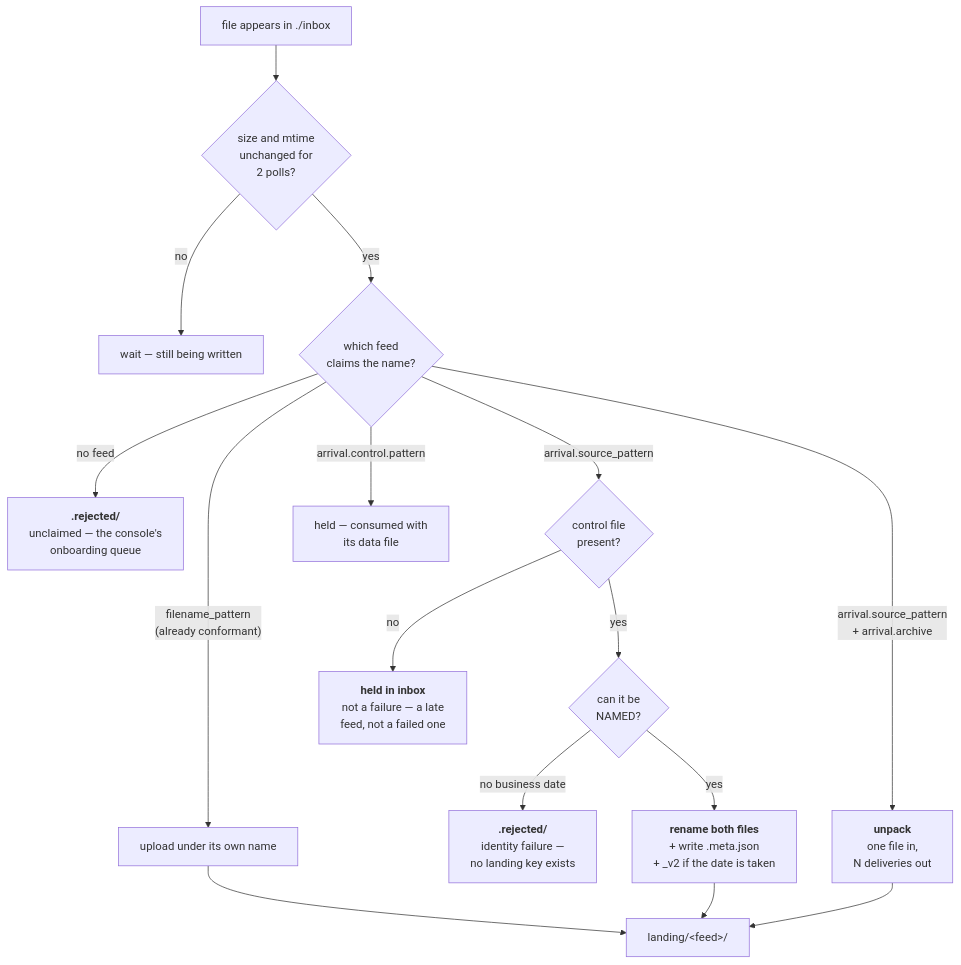
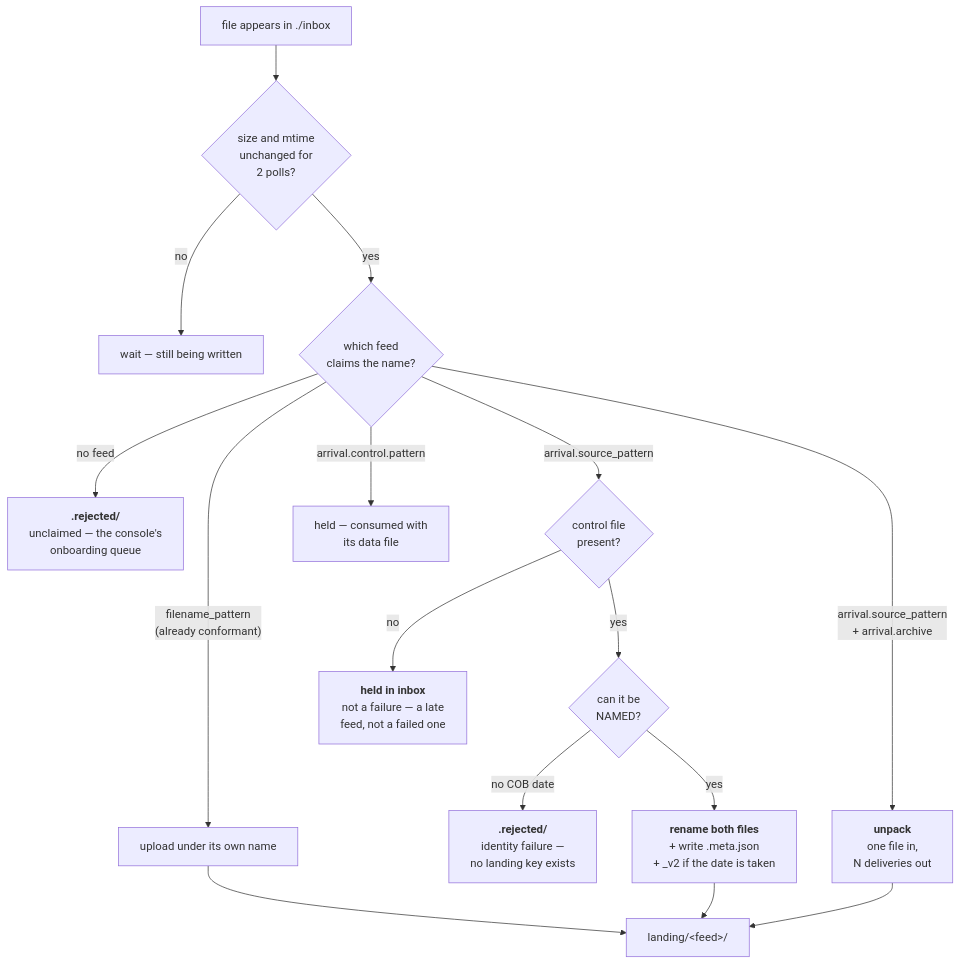
Before and after one commit to RichardFellows/reporting-platform-local: the second of 4 diagrams in docs/PIPELINE.md, drawn with Mermaid. The commit also changed other lines of this file and 84 other files, not shown here.

First line of the commit message:
Rename business_date to cob_date across the platform

````diff
--- a/docs/PIPELINE.md
+++ b/docs/PIPELINE.md
@@ -61,22 +61,22 @@
 ```mermaid
 flowchart TB
     DROP["file appears in ./inbox"] --> STABLE{"size and mtime<br/>unchanged for<br/>2 polls?"}
     STABLE -->|no| WAIT["wait — still being written"]
     STABLE -->|yes| ROUTE{"which feed<br/>claims the name?"}
 
     ROUTE -->|"no feed"| REJ1["<b>.rejected/</b><br/>unclaimed — the console's<br/>onboarding queue"]
     ROUTE -->|"filename_pattern<br/>(already conformant)"| ASIS["upload under its own name"]
     ROUTE -->|"arrival.control.pattern"| HOLD1["held — consumed with<br/>its data file"]
     ROUTE -->|"arrival.source_pattern"| CTL{"control file<br/>present?"}
 
     CTL -->|no| HOLD2["<b>held in inbox</b><br/>not a failure — a late<br/>feed, not a failed one"]
     CTL -->|yes| ID{"can it be<br/>NAMED?"}
 
-    ID -->|"no business date"| REJ2["<b>.rejected/</b><br/>identity failure —<br/>no landing key exists"]
+    ID -->|"no COB date"| REJ2["<b>.rejected/</b><br/>identity failure —<br/>no landing key exists"]
     ID -->|yes| PROMOTE["<b>rename both files</b><br/>+ write .meta.json<br/>+ _v2 if the date is taken"]
 
     ROUTE -->|"arrival.source_pattern<br/>+ arrival.archive"| ZIP["<b>unpack</b><br/>one file in,<br/>N deliveries out"]
     ZIP --> LAND["landing/&lt;feed&gt;/"]
     PROMOTE --> LAND
     ASIS --> LAND
 ```
````
